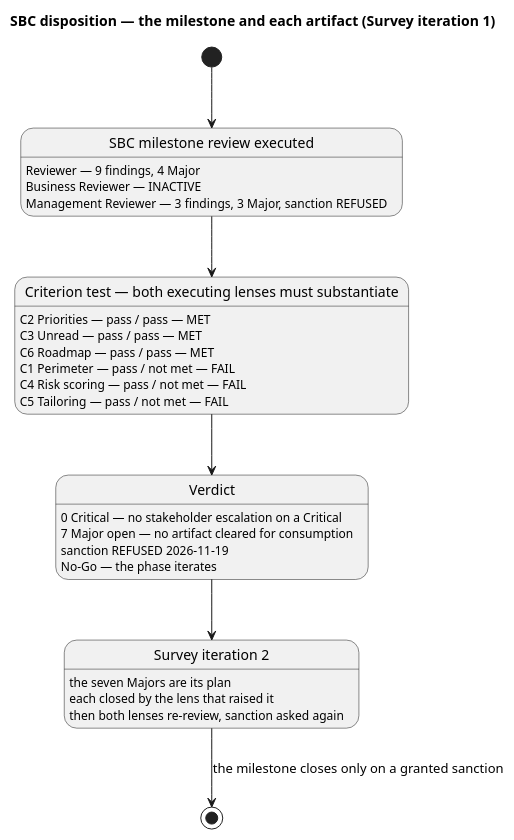
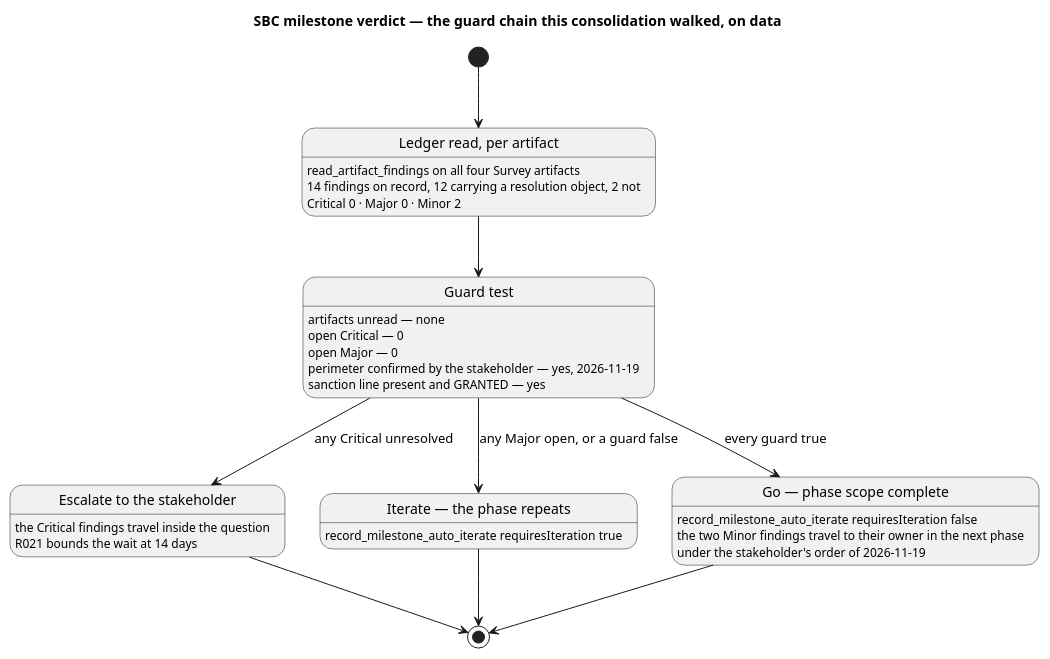
One commit to banense-test/TodoApp changed diagram 14 of 14 in docs/artifacts/project-management/review-record.md. Above: the diagram before and after it, drawn with PlantUML. The commit also changed other lines of this file, not shown here.

Commit message:
Review Coordinator [Survey2]: upsert Review Record
[skip ci]

````diff
--- a/docs/artifacts/project-management/review-record.md
+++ b/docs/artifacts/project-management/review-record.md
@@ -1030,37 +1030,40 @@
 ```plantuml
 @startuml
-title SBC disposition — the milestone and each artifact (Survey iteration 1)
+title SBC milestone verdict — the guard chain this consolidation walked, on data
 skinparam shadowing false
 skinparam defaultTextAlignment left
 
-[*] --> Milestone_Assessment
-state "SBC milestone review executed" as Milestone_Assessment {
-  Milestone_Assessment : Reviewer — 9 findings, 4 Major
-  Milestone_Assessment : Business Reviewer — INACTIVE
-  Milestone_Assessment : Management Reviewer — 3 findings, 3 Major, sanction REFUSED
+[*] --> LedgerRead
+state "Ledger read, per artifact" as LedgerRead {
+  LedgerRead : read_artifact_findings on all four Survey artifacts
+  LedgerRead : 14 findings on record, 12 carrying a resolution object, 2 not
+  LedgerRead : Critical 0 · Major 0 · Minor 2
 }
-Milestone_Assessment --> Criterion_Test
-state "Criterion test — both executing lenses must substantiate" as Criterion_Test {
-  Criterion_Test : C2 Priorities — pass / pass — MET
-  Criterion_Test : C3 Unread — pass / pass — MET
-  Criterion_Test : C6 Roadmap — pass / pass — MET
-  Criterion_Test : C1 Perimeter — pass / not met — FAIL
-  Criterion_Test : C4 Risk scoring — pass / not met — FAIL
-  Criterion_Test : C5 Tailoring — pass / not met — FAIL
+LedgerRead --> GuardTest
+state "Guard test" as GuardTest {
+  GuardTest : artifacts unread — none
+  GuardTest : open Critical — 0
+  GuardTest : open Major — 0
+  GuardTest : perimeter confirmed by the stakeholder — yes, 2026-11-19
+  GuardTest : sanction line present and GRANTED — yes
 }
-Criterion_Test --> Verdict
-state Verdict {
-  Verdict : 0 Critical — no stakeholder escalation on a Critical
-  Verdict : 7 Major open — no artifact cleared for consumption
-  Verdict : sanction REFUSED 2026-11-19
-  Verdict : No-Go — the phase iterates
+GuardTest --> Escalate : any Critical unresolved
+GuardTest --> Iterate : any Major open, or a guard false
+GuardTest --> Go : every guard true
+state "Go — phase scope complete" as Go {
+  Go : record_milestone_auto_iterate requiresIteration false
+  Go : the two Minor findings travel to their owner in the next phase
+  Go : under the stakeholder's order of 2026-11-19
 }
-Verdict --> Iteration2
-state "Survey iteration 2" as Iteration2 {
-  Iteration2 : the seven Majors are its plan
-  Iteration2 : each closed by the lens that raised it
-  Iteration2 : then both lenses re-review, sanction asked again
+state "Iterate — the phase repeats" as Iterate {
+  Iterate : record_milestone_auto_iterate requiresIteration true
 }
-Iteration2 --> [*] : the milestone closes only on a granted sanction
+state "Escalate to the stakeholder" as Escalate {
+  Escalate : the Critical findings travel inside the question
+  Escalate : R021 bounds the wait at 14 days
+}
+Go --> [*]
+Iterate --> [*]
+Escalate --> [*]
 @enduml
 ```
````
